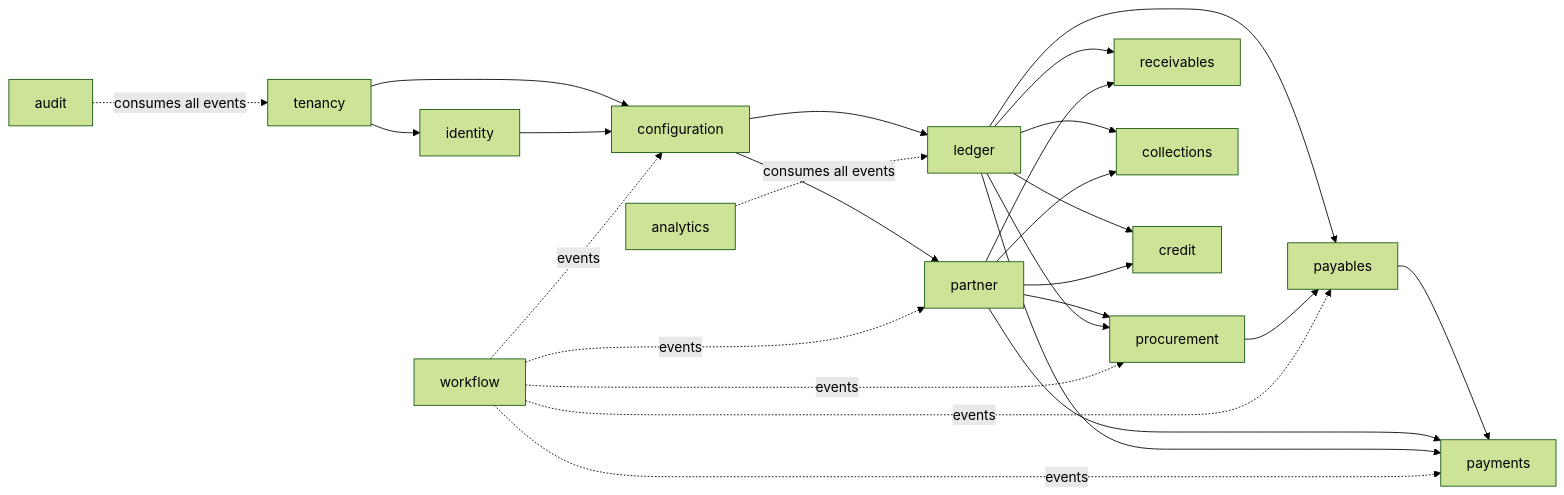
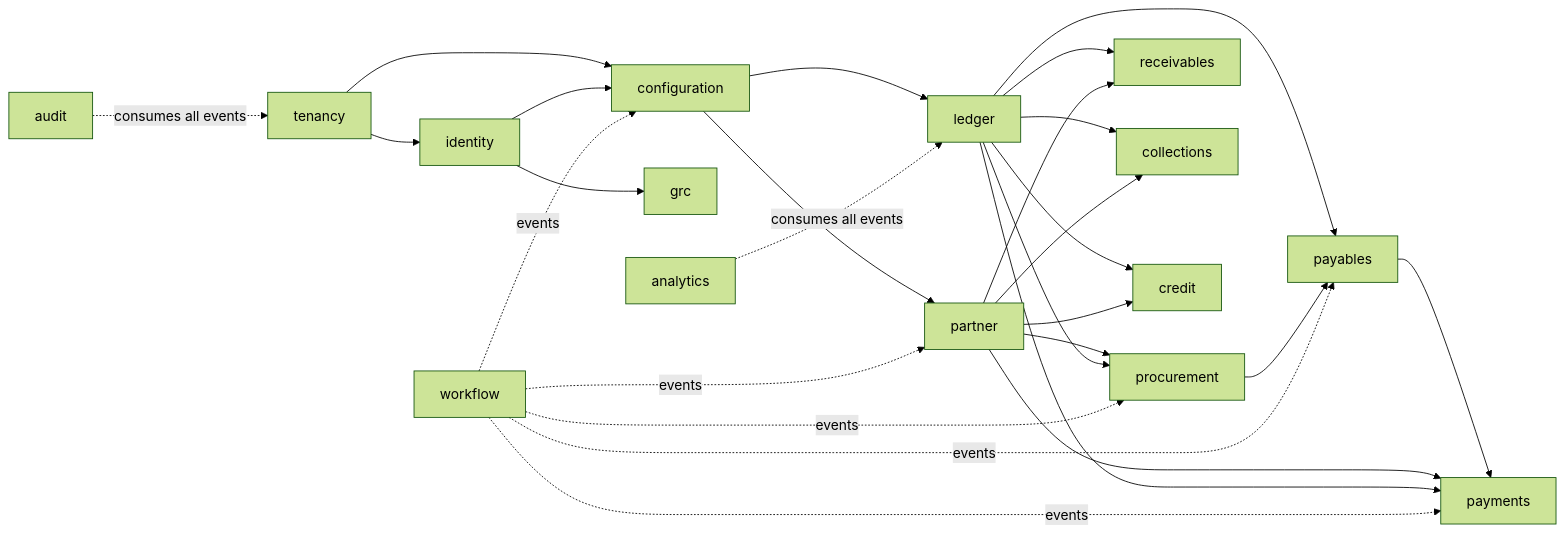
The first of 2 diagrams in docs/design/02-architecture.md (mustie7iy/agentic-erp), drawn with Mermaid (forest theme) before and after one commit. The commit also changed other lines of this file and 41 other files, not shown here.

````diff
--- a/docs/design/02-architecture.md
+++ b/docs/design/02-architecture.md
@@ -68,28 +69,29 @@
 ```mermaid
 flowchart LR
   tenancy --> identity
   tenancy --> configuration
   identity --> configuration
   configuration --> partner
   configuration --> ledger
   partner --> procurement
   ledger --> procurement
   ledger --> payables
   procurement --> payables
   ledger --> receivables
   partner --> receivables
   ledger --> collections
   partner --> collections
   ledger --> credit
   partner --> credit
+  identity --> grc
   payables --> payments
   partner --> payments
   ledger --> payments
   workflow -.events.-> procurement
   workflow -.events.-> payables
   workflow -.events.-> payments
   workflow -.events.-> partner
   workflow -.events.-> configuration
   audit -.consumes all events.-> tenancy
   analytics -.consumes all events.-> ledger
 ```
````
